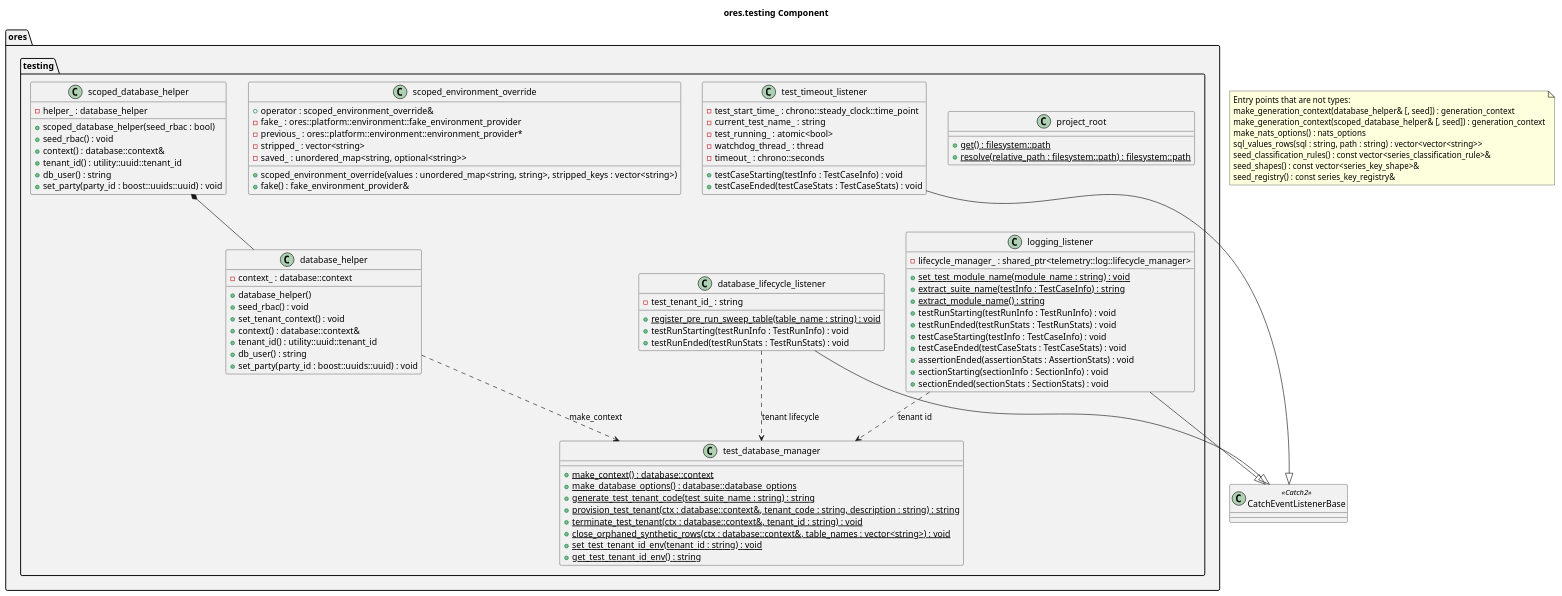
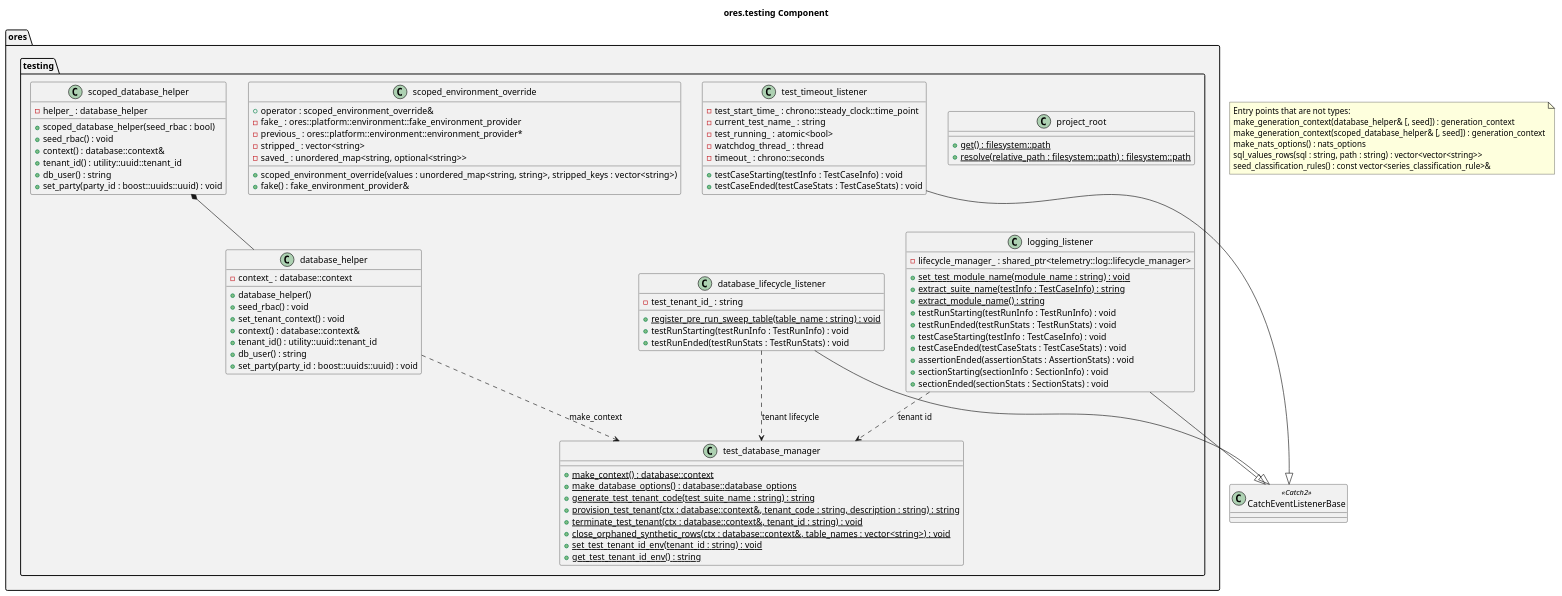
Before and after one commit to OreStudio/OreStudio: the diagram in projects/ores.testing/modeling/ores.testing.puml, drawn with PlantUML. The commit also changed 63 other files, not shown here.

First line of the commit message:
[ore] Retire the series key shape registry

```diff
--- a/projects/ores.testing/modeling/ores.testing.puml
+++ b/projects/ores.testing/modeling/ores.testing.puml
@@ -18,142 +18,140 @@
 @startuml
 
 title ores.testing Component
 
 set namespaceSeparator ::
 
 namespace ores #F2F2F2 {
     namespace testing #F2F2F2 {
         class database_helper {
             -context_ : database::context
         }
         class database_lifecycle_listener {
             -test_tenant_id_ : string
         }
         class logging_listener {
             -lifecycle_manager_ : shared_ptr<telemetry::log::lifecycle_manager>
         }
         class project_root {
         }
         class scoped_database_helper {
             -helper_ : database_helper
         }
         class scoped_environment_override {
             +operator : scoped_environment_override&
             -fake_ : ores::platform::environment::fake_environment_provider
             -previous_ : ores::platform::environment::environment_provider*
             -stripped_ : vector<string>
             -saved_ : unordered_map<string, optional<string>>
         }
         class test_database_manager {
         }
         class test_timeout_listener {
             -test_start_time_ : chrono::steady_clock::time_point
             -current_test_name_ : string
             -test_running_ : atomic<bool>
             -watchdog_thread_ : thread
             -timeout_ : chrono::seconds
         }
     }
 }
 
 ' --- manual: everything below this line is hand-authored; the script preserves it ---
 
 ' The API the automated pass cannot see: it reads data members only, so a class
 ' whose content is methods arrives as an empty box. Declare each class by its
 ' fully-qualified name here and PlantUML merges the methods into the box above.
 ' Do not re-open the namespace block to do it: a class declared in two namespace
 ' blocks renders, but every edge that touches it kills the image pass.
 
 class ores::testing::database_helper {
     +database_helper()
     +seed_rbac() : void
     +set_tenant_context() : void
     +context() : database::context&
     +tenant_id() : utility::uuid::tenant_id
     +db_user() : string
     +set_party(party_id : boost::uuids::uuid) : void
 }
 
 class ores::testing::database_lifecycle_listener {
     +register_pre_run_sweep_table(table_name : string) : void {static}
     +testRunStarting(testRunInfo : TestRunInfo) : void
     +testRunEnded(testRunStats : TestRunStats) : void
 }
 
 class ores::testing::logging_listener {
     +set_test_module_name(module_name : string) : void {static}
     +extract_suite_name(testInfo : TestCaseInfo) : string {static}
     +extract_module_name() : string {static}
     +testRunStarting(testRunInfo : TestRunInfo) : void
     +testRunEnded(testRunStats : TestRunStats) : void
     +testCaseStarting(testInfo : TestCaseInfo) : void
     +testCaseEnded(testCaseStats : TestCaseStats) : void
     +assertionEnded(assertionStats : AssertionStats) : void
     +sectionStarting(sectionInfo : SectionInfo) : void
     +sectionEnded(sectionStats : SectionStats) : void
 }
 
 class ores::testing::project_root {
     +get() : filesystem::path {static}
     +resolve(relative_path : filesystem::path) : filesystem::path {static}
 }
 
 class ores::testing::scoped_database_helper {
     +scoped_database_helper(seed_rbac : bool)
     +seed_rbac() : void
     +context() : database::context&
     +tenant_id() : utility::uuid::tenant_id
     +db_user() : string
     +set_party(party_id : boost::uuids::uuid) : void
 }
 
 class ores::testing::scoped_environment_override {
     +scoped_environment_override(values : unordered_map<string, string>, stripped_keys : vector<string>)
     +fake() : fake_environment_provider&
 }
 
 class ores::testing::test_database_manager {
     +make_context() : database::context {static}
     +make_database_options() : database::database_options {static}
     +generate_test_tenant_code(test_suite_name : string) : string {static}
     +provision_test_tenant(ctx : database::context&, tenant_code : string, description : string) : string {static}
     +terminate_test_tenant(ctx : database::context&, tenant_id : string) : void {static}
     +close_orphaned_synthetic_rows(ctx : database::context&, table_names : vector<string>) : void {static}
     +set_test_tenant_id_env(tenant_id : string) : void {static}
     +get_test_tenant_id_env() : string {static}
 }
 
 class ores::testing::test_timeout_listener {
     +testCaseStarting(testInfo : TestCaseInfo) : void
     +testCaseEnded(testCaseStats : TestCaseStats) : void
 }
 
 ' The Catch2 listener contract, which the automated pass does not draw.
 class CatchEventListenerBase <<Catch2>> {
 }
 
 ores::testing::logging_listener --|> CatchEventListenerBase
 ores::testing::database_lifecycle_listener --|> CatchEventListenerBase
 ores::testing::test_timeout_listener --|> CatchEventListenerBase
 
 ' Relationships the automated pass cannot see: it reads data members only.
 ores::testing::scoped_database_helper *-- ores::testing::database_helper
 ores::testing::database_helper ..> ores::testing::test_database_manager : make_context
 ores::testing::database_lifecycle_listener ..> ores::testing::test_database_manager : tenant lifecycle
 ores::testing::logging_listener ..> ores::testing::test_database_manager : tenant id
 
 note as OresTestingFreeFunctions
     Entry points that are not types:
     make_generation_context(database_helper& [, seed]) : generation_context
     make_generation_context(scoped_database_helper& [, seed]) : generation_context
     make_nats_options() : nats_options
     sql_values_rows(sql : string, path : string) : vector<vector<string>>
     seed_classification_rules() : const vector<series_classification_rule>&
-    seed_shapes() : const vector<series_key_shape>&
-    seed_registry() : const series_key_registry&
 end note
 
 ' Local Variables:
 ' compile-command: "java -Djava.awt.headless=true -DPLANTUML_SECURITY_PROFILE=UNSECURE -DPLANTUML_LIMIT_SIZE=65535 -jar /usr/share/plantuml/plantuml.jar ores.testing.puml"
 ' End:
 @enduml
```
